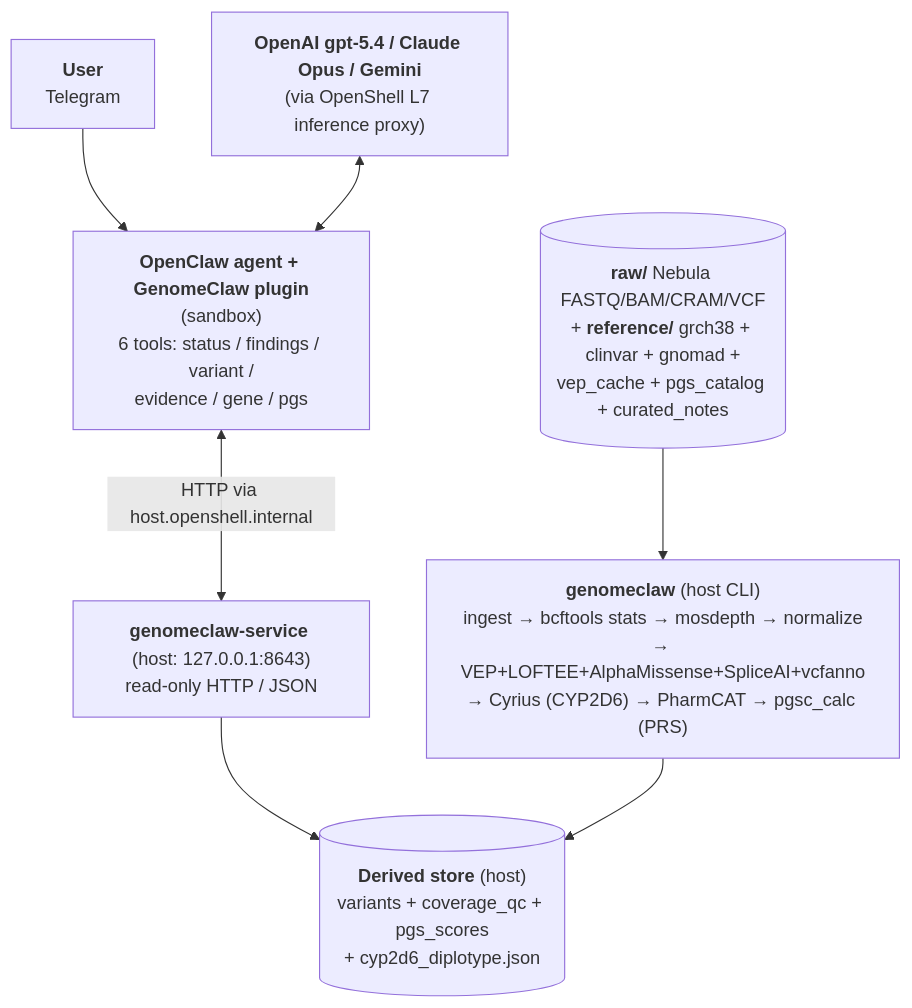
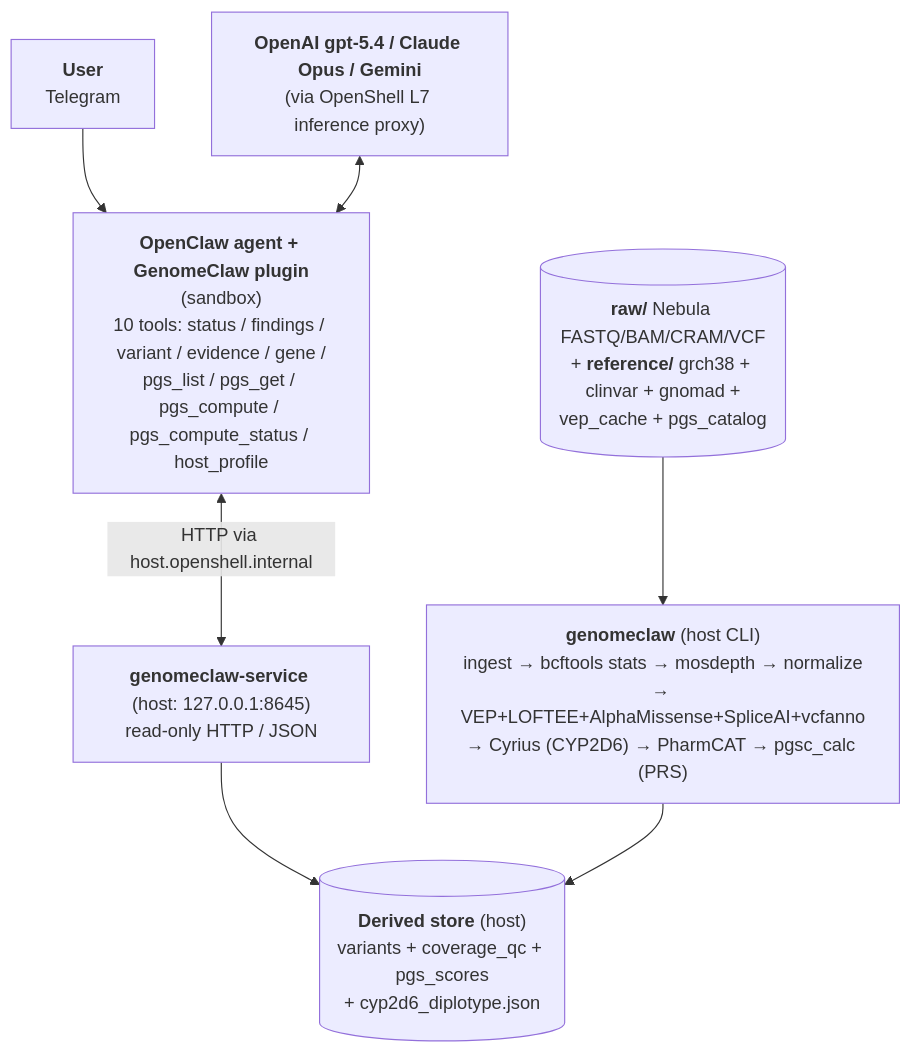
Before and after one commit to aerugo/GenomeClaw: the diagram in README.md, drawn with Mermaid. The commit also changed other lines of this file and 10 other files, not shown here.

````diff
--- a/README.md
+++ b/README.md
@@ -137,17 +147,17 @@
 ```mermaid
 flowchart TB
     User["<b>User</b><br/>Telegram"]
     LLM["<b>OpenAI gpt-5.4 / Claude Opus / Gemini</b><br/>(via OpenShell L7 inference proxy)"]
-    Agent["<b>OpenClaw agent + GenomeClaw plugin</b><br/>(sandbox)<br/>6 tools: status / findings / variant /<br/>evidence / gene / pgs"]
-    Service["<b>genomeclaw-service</b> (host: 127.0.0.1:8643)<br/>read-only HTTP / JSON"]
+    Agent["<b>OpenClaw agent + GenomeClaw plugin</b><br/>(sandbox)<br/>10 tools: status / findings / variant / evidence / gene /<br/>pgs_list / pgs_get / pgs_compute / pgs_compute_status / host_profile"]
+    Service["<b>genomeclaw-service</b> (host: 127.0.0.1:8645)<br/>read-only HTTP / JSON"]
     Store[("<b>Derived store</b> (host)<br/>variants + coverage_qc + pgs_scores<br/>+ cyp2d6_diplotype.json")]
     Prep["<b>genomeclaw</b> (host CLI)<br/>ingest → bcftools stats → mosdepth → normalize<br/>→ VEP+LOFTEE+AlphaMissense+SpliceAI+vcfanno<br/>→ Cyrius (CYP2D6) → PharmCAT → pgsc_calc (PRS)"]
-    Raw[("<b>raw/</b> Nebula FASTQ/BAM/CRAM/VCF<br/>+ <b>reference/</b> grch38 + clinvar + gnomad +<br/>vep_cache + pgs_catalog + curated_notes")]
+    Raw[("<b>raw/</b> Nebula FASTQ/BAM/CRAM/VCF<br/>+ <b>reference/</b> grch38 + clinvar + gnomad +<br/>vep_cache + pgs_catalog")]
 
     User --> Agent
     LLM <--> Agent
     Agent <-->|"HTTP via host.openshell.internal"| Service
     Service --> Store
     Prep --> Store
     Raw --> Prep
 ```
````
